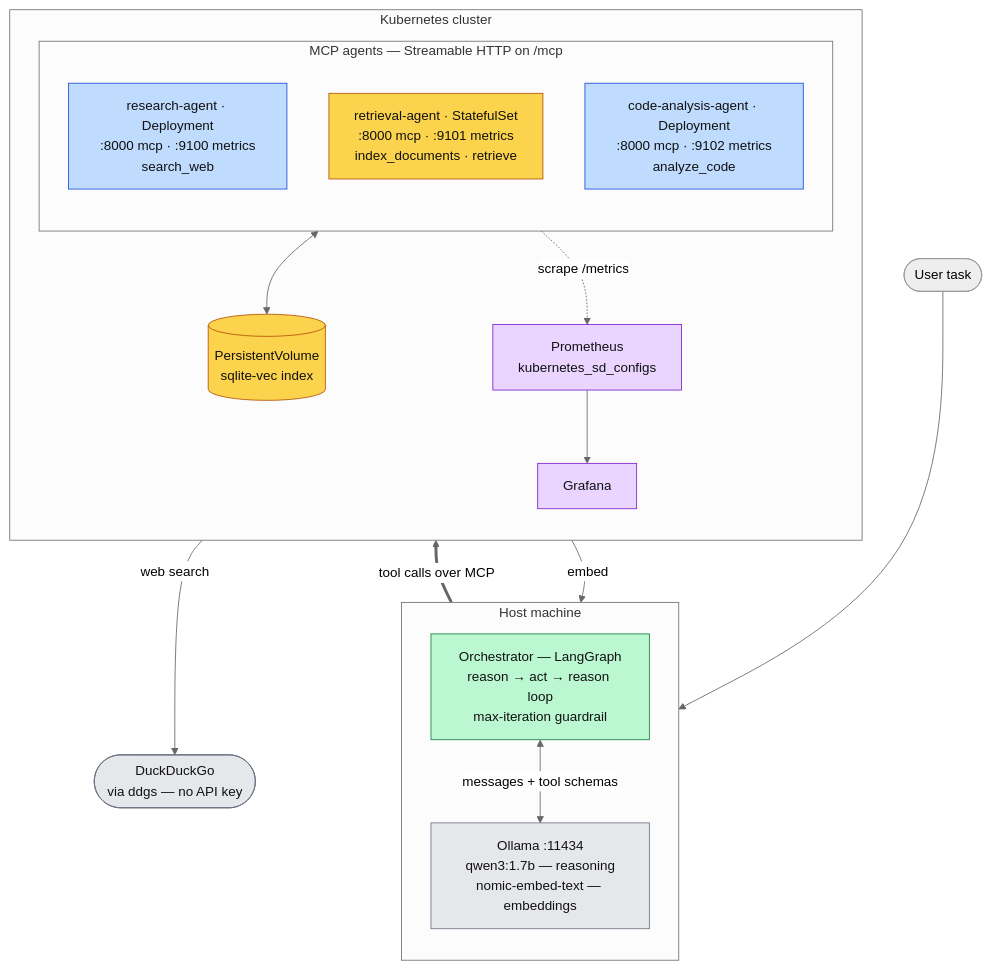
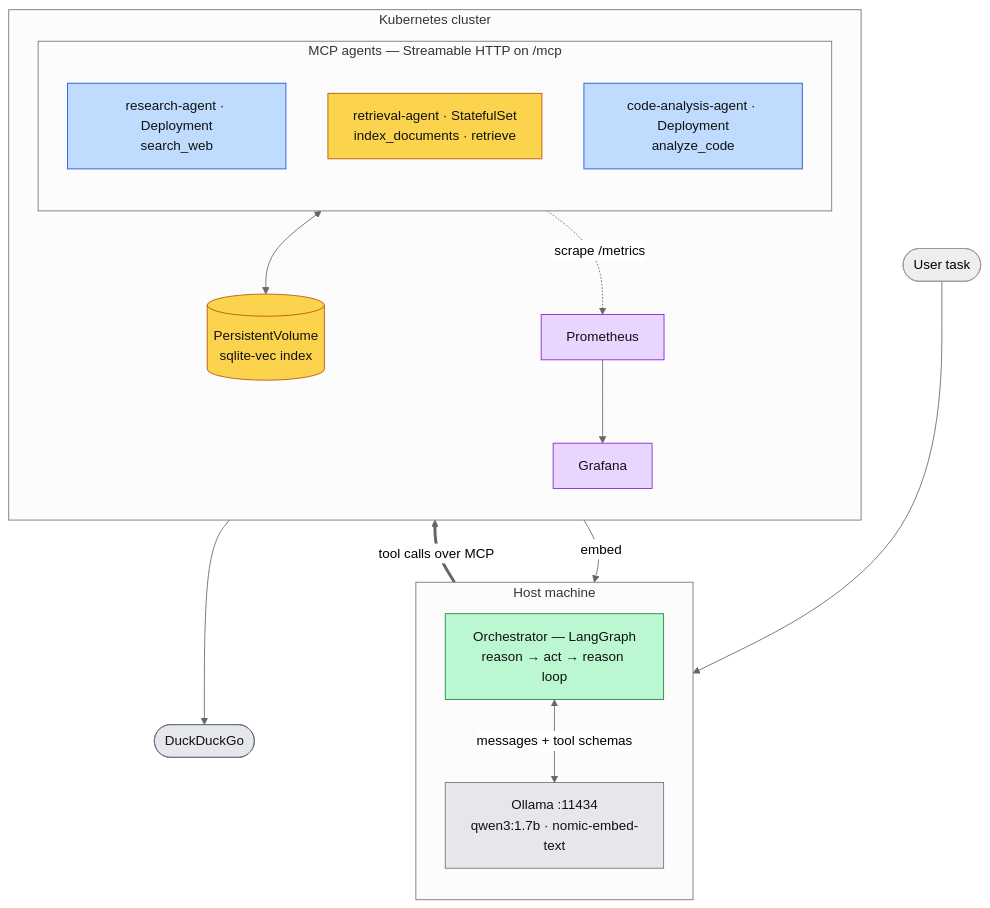
Before and after one commit to mh-naderi/distributed-agent-orchestrator: the diagram in README.md, drawn with Mermaid (neutral theme). The commit also changed other lines of this file, not shown here.

````diff
--- a/README.md
+++ b/README.md
@@ -33,48 +21,48 @@
 ```mermaid
 flowchart TB
     TASK(["User task"])
 
     subgraph HOST["Host machine"]
         direction TB
-        ORCH["Orchestrator — LangGraph<br/>reason → act → reason loop<br/>max-iteration guardrail"]
-        OLLAMA["Ollama :11434<br/>qwen3:1.7b — reasoning<br/>nomic-embed-text — embeddings"]
+        ORCH["Orchestrator — LangGraph<br/>reason → act → reason loop"]
+        OLLAMA["Ollama :11434<br/>qwen3:1.7b · nomic-embed-text"]
     end
 
     subgraph CLUSTER["Kubernetes cluster"]
         direction TB
         subgraph AGENTS["MCP agents — Streamable HTTP on /mcp"]
             direction TB
-            RES["research-agent · Deployment<br/>:8000 mcp · :9100 metrics<br/>search_web"]
-            RET["retrieval-agent · StatefulSet<br/>:8000 mcp · :9101 metrics<br/>index_documents · retrieve"]
-            CODE["code-analysis-agent · Deployment<br/>:8000 mcp · :9102 metrics<br/>analyze_code"]
+            RES["research-agent · Deployment<br/>search_web"]
+            RET["retrieval-agent · StatefulSet<br/>index_documents · retrieve"]
+            CODE["code-analysis-agent · Deployment<br/>analyze_code"]
         end
         PVC[("PersistentVolume<br/>sqlite-vec index")]
-        PROM["Prometheus<br/>kubernetes_sd_configs"]
+        PROM["Prometheus"]
         GRAF["Grafana"]
     end
 
-    WEB(["DuckDuckGo<br/>via ddgs — no API key"])
+    WEB(["DuckDuckGo"])
 
     TASK --> ORCH
     ORCH <-->|"messages + tool schemas"| OLLAMA
     ORCH ==>|"tool calls over MCP"| AGENTS
 
-    RES -->|"web search"| WEB
+    RES --> WEB
     RET -->|"embed"| OLLAMA
     RET <--> PVC
 
     AGENTS -.->|"scrape /metrics"| PROM
     PROM --> GRAF
 
     classDef stateful fill:#fcd34d,stroke:#b45309,color:#111
     classDef stateless fill:#bfdbfe,stroke:#1d4ed8,color:#111
     classDef external fill:#e5e7eb,stroke:#6b7280,color:#111
     classDef core fill:#bbf7d0,stroke:#15803d,color:#111
     classDef obs fill:#e9d5ff,stroke:#7e22ce,color:#111
 
     class RET,PVC stateful
     class RES,CODE stateless
     class WEB,OLLAMA external
     class ORCH core
     class PROM,GRAF obs
 ```
````
